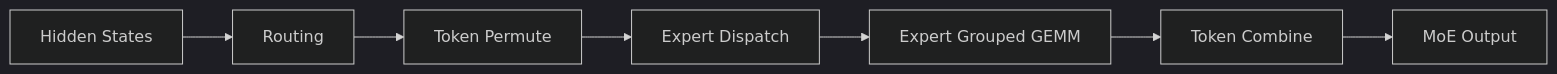
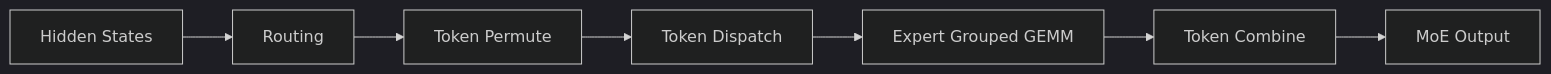
The second of 2 diagrams in _posts/2026-07-31-generative-recommendation-beam-search-moe.md (zhanghanleo10/zhanghanleo10.github.io), drawn with Mermaid (dark theme) before and after one commit. The commit also changed other lines of this file, not shown here.

````diff
--- a/_posts/2026-07-31-generative-recommendation-beam-search-moe.md
+++ b/_posts/2026-07-31-generative-recommendation-beam-search-moe.md
@@ -109,9 +112,9 @@
 ```mermaid
 flowchart LR
     A["Hidden States"] --> B["Routing"]
     B --> C["Token Permute"]
-    C --> D["Expert Dispatch"]
+    C --> D["Token Dispatch"]
     D --> E["Expert Grouped GEMM"]
     E --> F["Token Combine"]
     F --> G["MoE Output"]
 ```
````
